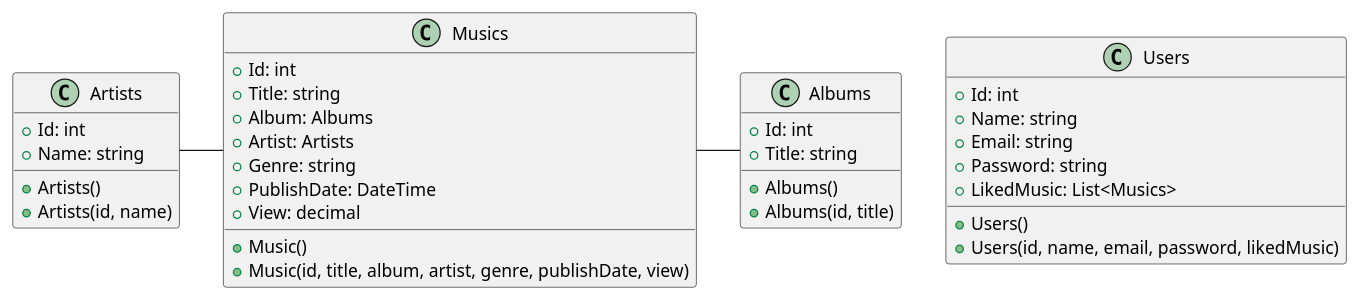
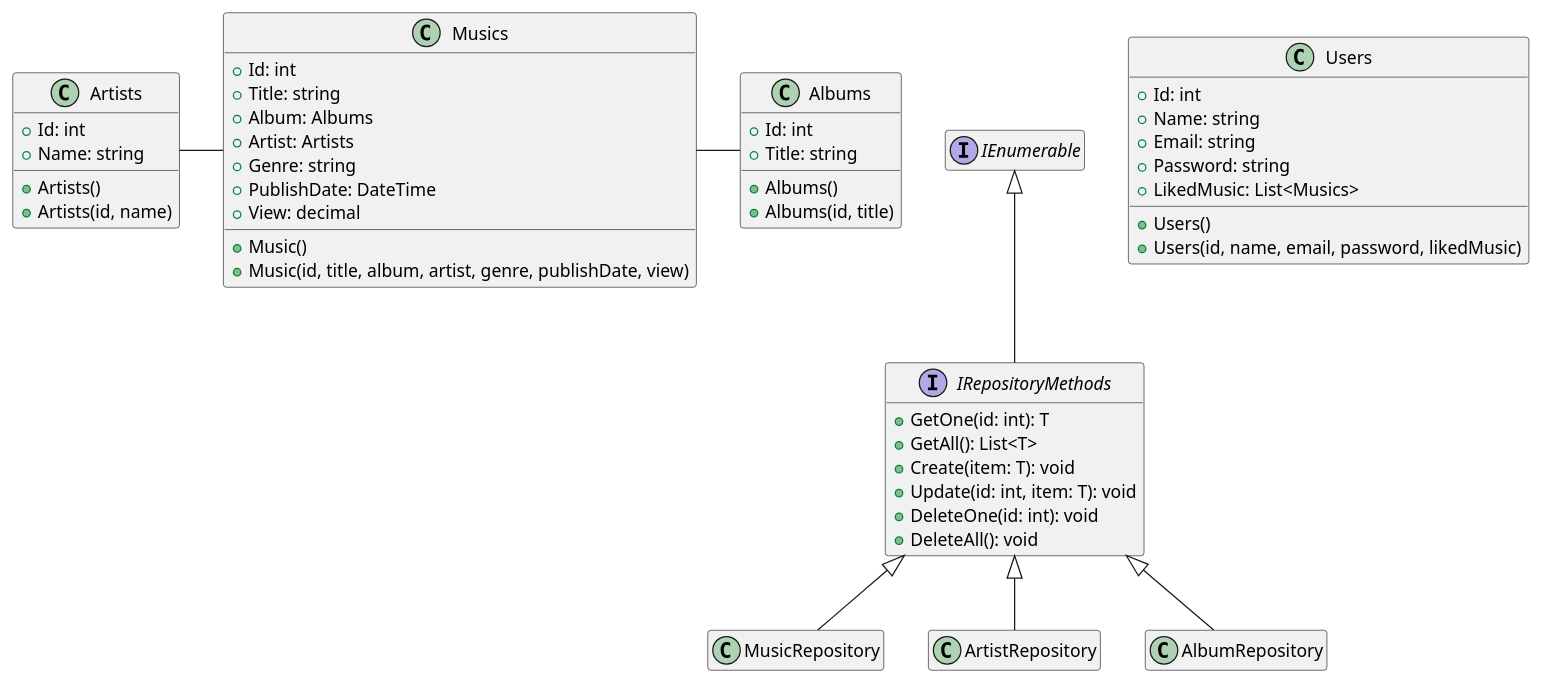
One commit to zcomert/yazilim-gereksinimi-ve-modelleme changed the diagram in MusicApp/Diagrams/MusicApp.wsd. Above: the diagram before and after it, drawn with PlantUML. The commit also changed 3 other files, not shown here.

Commit message:
Week 8 MusicApp added!

```diff
--- a/MusicApp/Diagrams/MusicApp.wsd
+++ b/MusicApp/Diagrams/MusicApp.wsd
@@ -1,40 +1,63 @@
-    @startuml MusicApp
+@startuml MusicApp
 class Musics {
     + Id: int
     + Title: string
     + Album: Albums
     + Artist: Artists
     + Genre: string
     + PublishDate: DateTime
     + View: decimal
     + Music()
     + Music(id, title, album, artist, genre, publishDate, view)
 }
 
 class Artists {
     + Id: int
     + Name: string
     + Artists()
     + Artists(id, name)
 }
 
 class Albums {
     + Id: int
     + Title: string
     + Albums()
     + Albums(id, title)
 }
 
 class Users {
     + Id: int
     + Name: string
     + Email: string
     + Password: string
     + LikedMusic: List<Musics>
     + Users()
     + Users(id, name, email, password, likedMusic)
 }
 
+interface IRepositoryMethods {
+    + GetOne(id: int): T
+    + GetAll(): List<T>
+    + Create(item: T): void
+    + Update(id: int, item: T): void
+    + DeleteOne(id: int): void
+    + DeleteAll(): void
+}
+
+class MusicRepository{}
+class ArtistRepository{}
+class AlbumRepository{}
+
+interface IEnumerable {}
+
+hide empty fields
+hide empty methods
+
+MusicRepository -up-|> IRepositoryMethods
+AlbumRepository -up-|> IRepositoryMethods
+ArtistRepository -up-|> IRepositoryMethods
+IRepositoryMethods -up-|> IEnumerable
+
 Artists -right- Musics
 Albums -left- Musics
 @enduml
```
